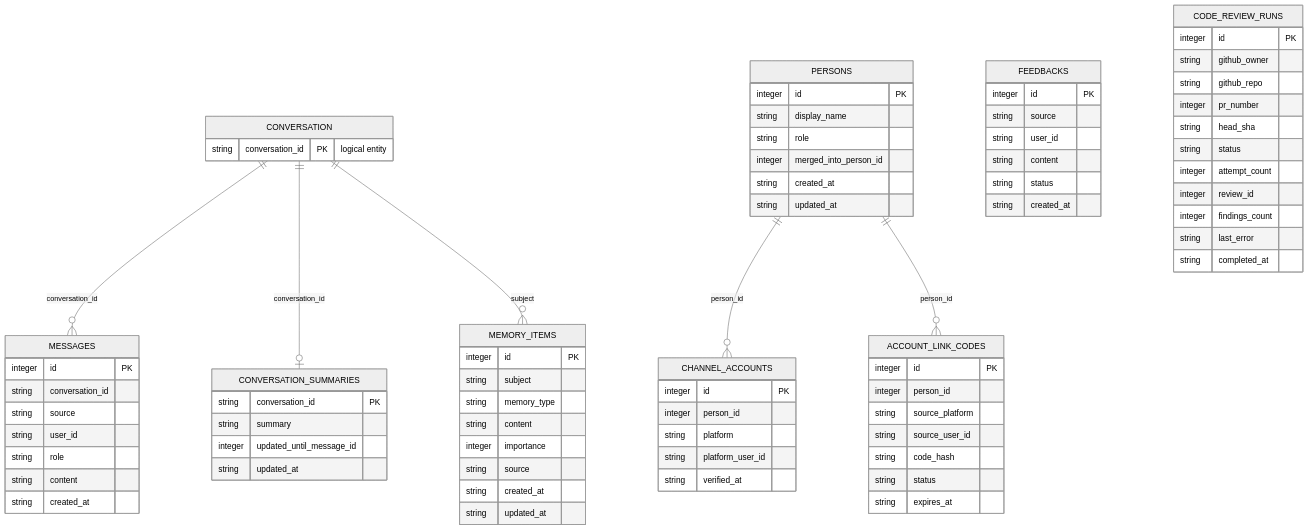
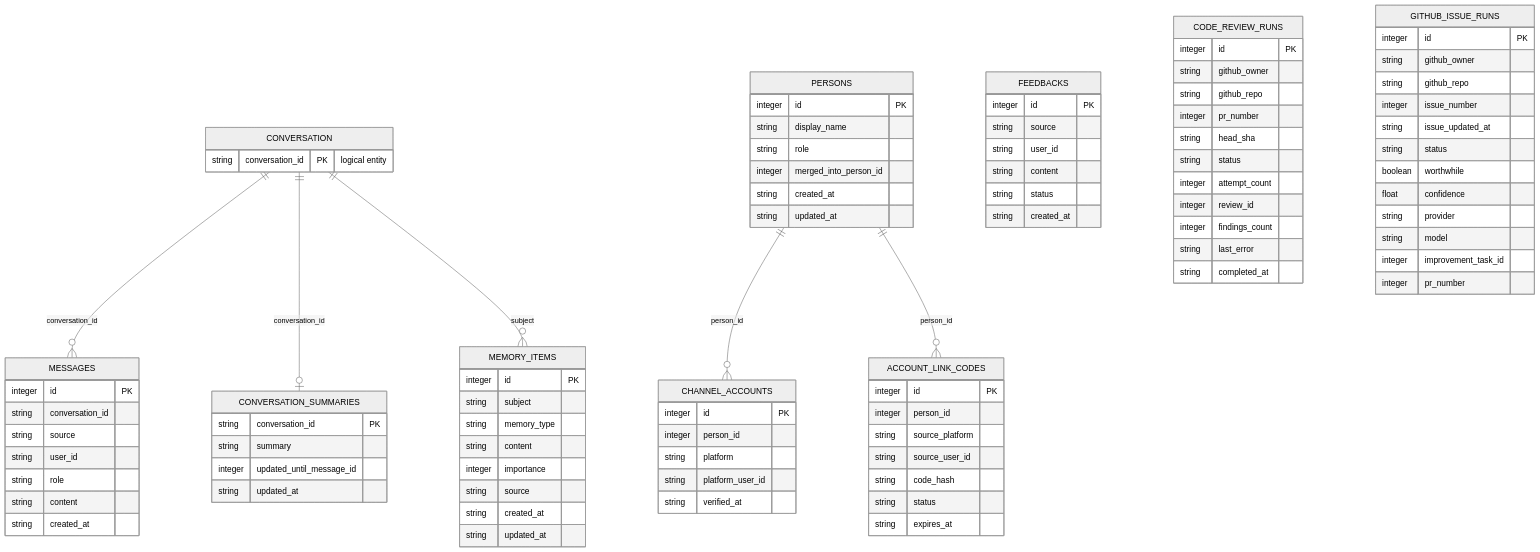
Before and after one commit to GugaBoBo-s/gugabobo: the first of 4 diagrams in docs/PROJECT_BOOK.md, drawn with Mermaid (neutral theme). The commit also changed other lines of this file and 28 other files, not shown here.

Commit message:
feat(github): automate issue-driven pull requests

```diff
--- a/docs/PROJECT_BOOK.md
+++ b/docs/PROJECT_BOOK.md
@@ -497,6 +497,21 @@
         string completed_at
     }
 
+    GITHUB_ISSUE_RUNS {
+        integer id PK
+        string github_owner
+        string github_repo
+        integer issue_number
+        string issue_updated_at
+        string status
+        boolean worthwhile
+        float confidence
+        string provider
+        string model
+        integer improvement_task_id
+        integer pr_number
+    }
+
     CONVERSATION ||--o{ MESSAGES : "conversation_id"
     CONVERSATION ||--o| CONVERSATION_SUMMARIES : "conversation_id"
     CONVERSATION ||--o{ MEMORY_ITEMS : "subject"
```
